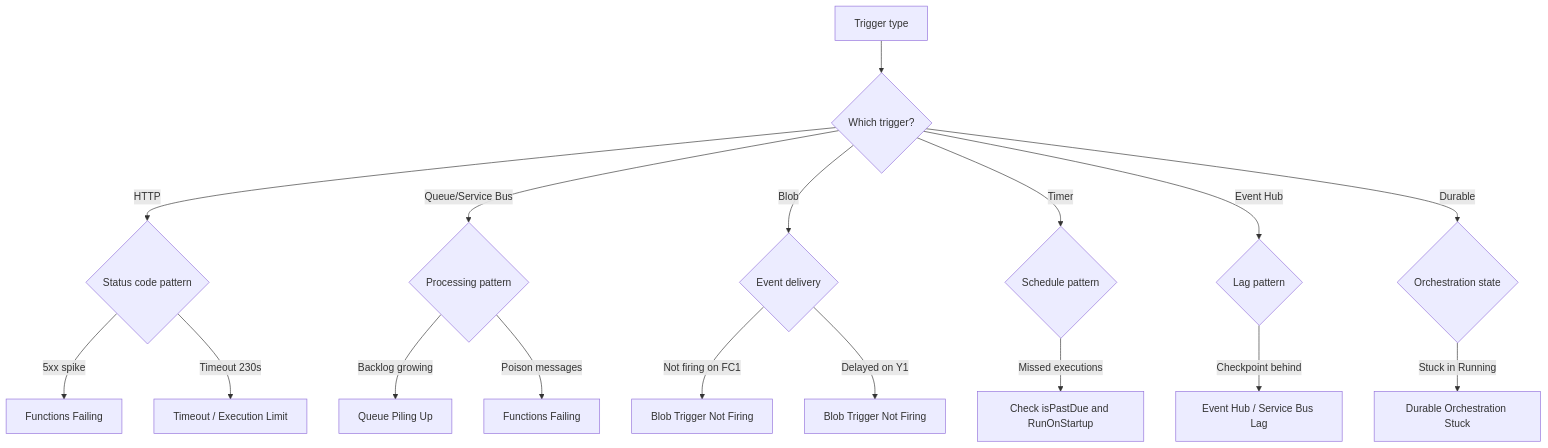
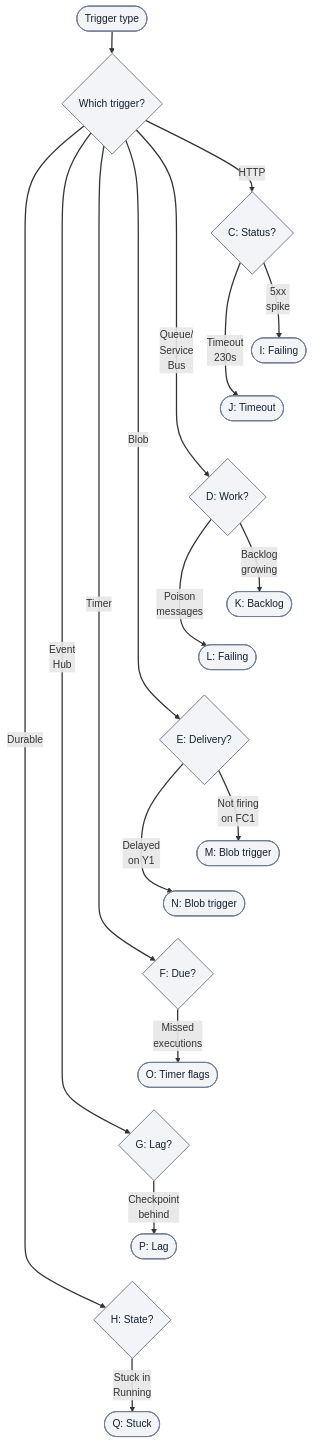
Before and after one commit to yeongseon/azure-functions-practical-guide: the second of 2 diagrams in docs/troubleshooting/decision-tree.md, drawn with Mermaid. The commit also changed other lines of this file and 4 other files, not shown here.

First line of the commit message:
docs(diagrams): migrate Functions troubleshooting overview — architecture components reference and decision tree and related diagnostics (#455)

````diff
--- a/docs/troubleshooting/decision-tree.md
+++ b/docs/troubleshooting/decision-tree.md
@@ -85,20 +118,35 @@
 ```mermaid
+%%{init: {'flowchart': {'nodeSpacing': 5, 'rankSpacing': 35}}}%%
 flowchart TD
-    A[Trigger type] --> B{Which trigger?}
-    B -->|HTTP| C{Status code pattern}
-    B -->|"Queue/Service Bus"| D{Processing pattern}
-    B -->|Blob| E{Event delivery}
-    B -->|Timer| F{Schedule pattern}
-    B -->|Event Hub| G{Lag pattern}
-    B -->|Durable| H{Orchestration state}
+    accTitle: Trigger-specific symptom routing
+    accDescr: Illustrative lookup for HTTP, Queue or Service Bus, Blob, Timer, Event Hub and Durable symptoms. Each trigger routes through its pattern question to the named investigation. FC1 and Y1 Blob cases, HTTP timeout at 230 seconds, timer flags and all nine endpoints are retained as triage cues, not proof of cause.
+    A(["Trigger type"]) --> B{"Which trigger?"}
+    B -->|HTTP| C{"C: Status?"}
+    B -->|"Queue/<br/>Service<br/>Bus"| D{"D: Work?"}
+    B -->|Blob| E{"E: Delivery?"}
+    B -->|Timer| F{"F: Due?"}
+    B -->|"Event<br/>Hub"| G{"G: Lag?"}
+    B -->|Durable| H{"H: State?"}
 
-    C -->|5xx spike| I[Functions Failing]
-    C -->|Timeout 230s| J["Timeout / Execution Limit"]
-    D -->|Backlog growing| K[Queue Piling Up]
-    D -->|Poison messages| L[Functions Failing]
-    E -->|Not firing on FC1| M[Blob Trigger Not Firing]
-    E -->|Delayed on Y1| N[Blob Trigger Not Firing]
-    F -->|Missed executions| O[Check isPastDue and RunOnStartup]
-    G -->|Checkpoint behind| P["Event Hub / Service Bus Lag"]
-    H -->|Stuck in Running| Q[Durable Orchestration Stuck]
+    C -->|"5xx<br/>spike"| I(["I: Failing"])
+    C -->|"Timeout<br/>230s"| J(["J: Timeout"])
+    D -->|"Backlog<br/>growing"| K(["K: Backlog"])
+    D -->|"Poison<br/>messages"| L(["L: Failing"])
+    E -->|"Not firing<br/>on FC1"| M(["M: Blob trigger"])
+    E -->|"Delayed<br/>on Y1"| N(["N: Blob trigger"])
+    F -->|"Missed<br/>executions"| O(["O: Timer flags"])
+    G -->|"Checkpoint<br/>behind"| P(["P: Lag"])
+    H -->|"Stuck in<br/>Running"| Q(["Q: Stuck"])
+    %% Layout-only links tier trigger families; they add no diagnostic steps or arrows.
+    I ~~~ J
+    J ~~~ D
+    K ~~~ L
+    L ~~~ E
+    M ~~~ N
+    N ~~~ F
+    O ~~~ G
+    P ~~~ H
+    classDef baseNeutral fill:#f2f4f8,stroke:#707e93,stroke-width:1.5px,color:#14202e;
+    class A,B,C,D,E,F,G,H,I,J,K,L,M,N,O,P,Q baseNeutral;
+    linkStyle default stroke-width:2px;
 ```
````
